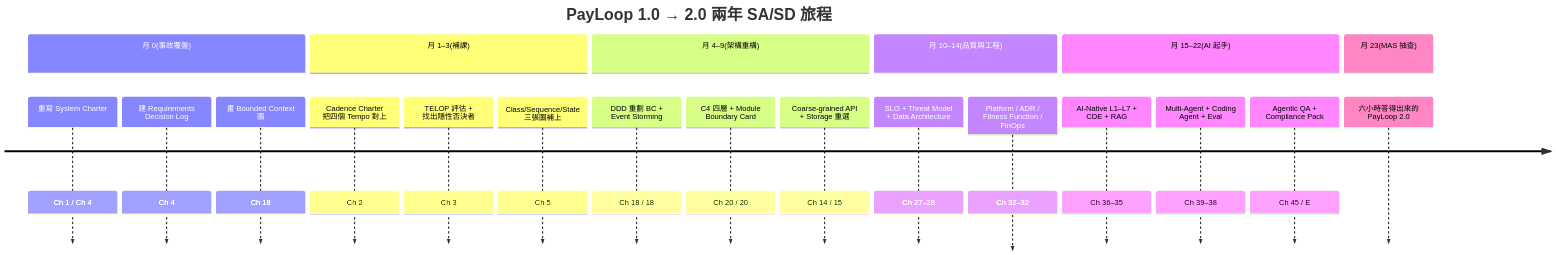
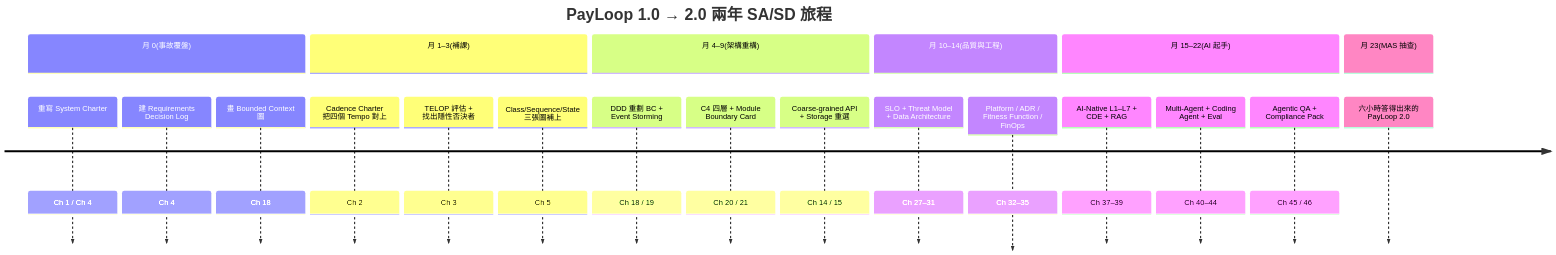
Before and after one commit to EddyKuo/sa-sd-playbook: the first of 3 diagrams in book/part-08-synthesis/ch-48-capstone.md, drawn with Mermaid. The commit also changed other lines of this file and 53 other files, not shown here.

````diff
--- a/book/part-08-synthesis/ch-48-capstone.md
+++ b/book/part-08-synthesis/ch-48-capstone.md
@@ -78,25 +78,25 @@
 ```mermaid
 timeline
     title PayLoop 1.0 → 2.0 兩年 SA/SD 旅程
     section 月 0(事故覆盤)
       重寫 System Charter   : Ch 1 / Ch 4
       建 Requirements Decision Log : Ch 4
       畫 Bounded Context 圖 : Ch 18
     section 月 1–3(補課)
       Cadence Charter 把四個 Tempo 對上 : Ch 2
       TELOP 評估 + 找出隱性否決者 : Ch 3
       Class/Sequence/State 三張圖補上 : Ch 5
     section 月 4–9(架構重構)
-      DDD 重劃 BC + Event Storming : Ch 18 / 18
-      C4 四層 + Module Boundary Card : Ch 20 / 20
+      DDD 重劃 BC + Event Storming : Ch 18 / 19
+      C4 四層 + Module Boundary Card : Ch 20 / 21
       Coarse-grained API + Storage 重選 : Ch 14 / 15
     section 月 10–14(品質與工程)
-      SLO + Threat Model + Data Architecture : Ch 27–28
-      Platform / ADR / Fitness Function / FinOps : Ch 32–32
+      SLO + Threat Model + Data Architecture : Ch 27–31
+      Platform / ADR / Fitness Function / FinOps : Ch 32–35
     section 月 15–22(AI 起手)
-      AI-Native L1–L7 + CDE + RAG : Ch 36–35
-      Multi-Agent + Coding Agent + Eval : Ch 39–38
-      Agentic QA + Compliance Pack : Ch 45 / E
+      AI-Native L1–L7 + CDE + RAG : Ch 37–39
+      Multi-Agent + Coding Agent + Eval : Ch 40–44
+      Agentic QA + Compliance Pack : Ch 45 / 46
     section 月 23(MAS 抽查)
       六小時答得出來的 PayLoop 2.0
 ```
````
